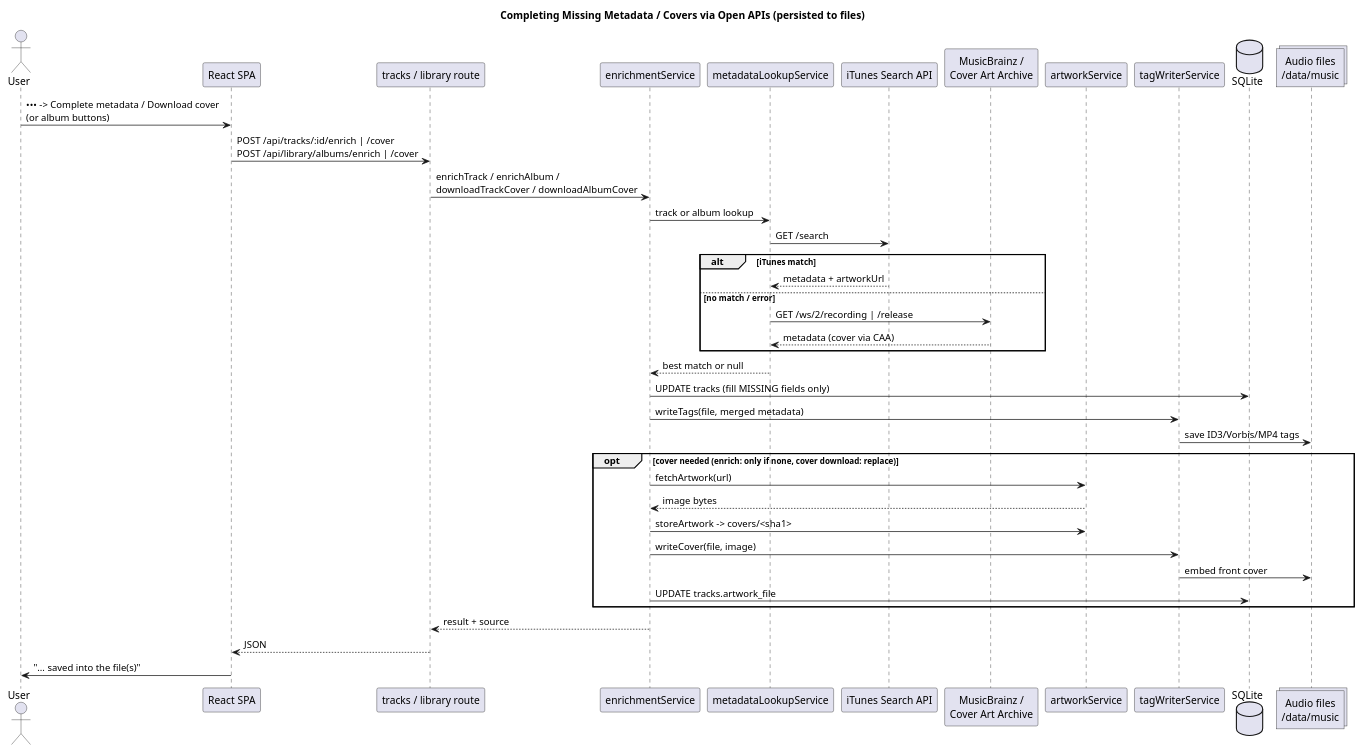
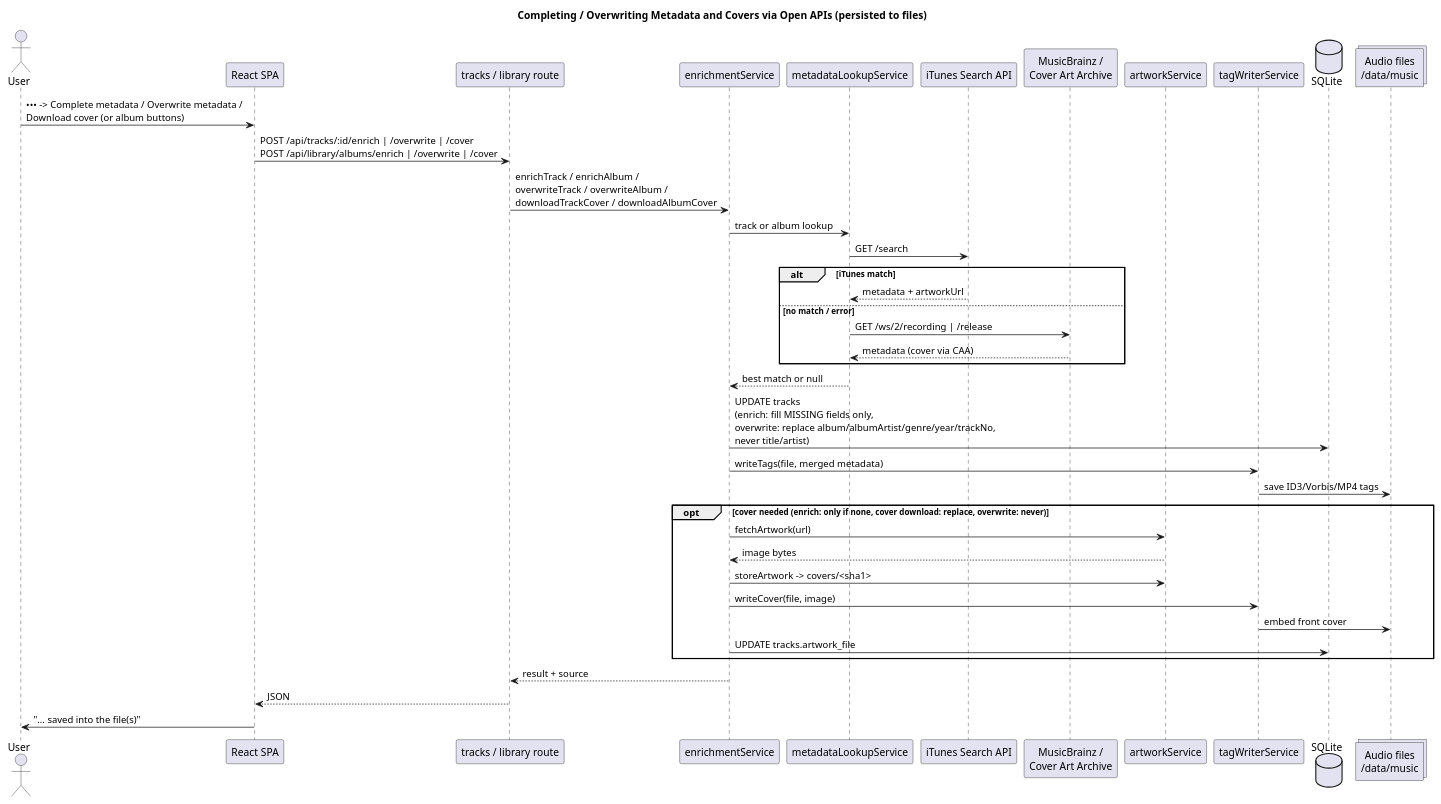
One commit to sandschm/TuneVault changed the diagram in docs/diagrams/sequence-enrichment.puml. Above: the diagram before and after it, drawn with PlantUML. The commit also changed 17 other files, not shown here.

First line of the commit message:
Add metadata overwrite (song/album) and Deezer artist photos

```diff
--- a/docs/diagrams/sequence-enrichment.puml
+++ b/docs/diagrams/sequence-enrichment.puml
@@ -1,42 +1,42 @@
 @startuml sequence-enrichment
-title Completing Missing Metadata / Covers via Open APIs (persisted to files)
+title Completing / Overwriting Metadata and Covers via Open APIs (persisted to files)
 
 actor User
 participant "React SPA" as SPA
 participant "tracks / library route" as Route
 participant "enrichmentService" as Enrich
 participant "metadataLookupService" as Lookup
 participant "iTunes Search API" as ITunes
 participant "MusicBrainz /\nCover Art Archive" as MB
 participant "artworkService" as Art
 participant "tagWriterService" as TagWriter
 database "SQLite" as DB
 collections "Audio files\n/data/music" as Files
 
-User -> SPA : ••• -> Complete metadata / Download cover\n(or album buttons)
-SPA -> Route : POST /api/tracks/:id/enrich | /cover\nPOST /api/library/albums/enrich | /cover
-Route -> Enrich : enrichTrack / enrichAlbum /\ndownloadTrackCover / downloadAlbumCover
+User -> SPA : ••• -> Complete metadata / Overwrite metadata /\nDownload cover (or album buttons)
+SPA -> Route : POST /api/tracks/:id/enrich | /overwrite | /cover\nPOST /api/library/albums/enrich | /overwrite | /cover
+Route -> Enrich : enrichTrack / enrichAlbum /\noverwriteTrack / overwriteAlbum /\ndownloadTrackCover / downloadAlbumCover
 Enrich -> Lookup : track or album lookup
 Lookup -> ITunes : GET /search
 alt iTunes match
   ITunes --> Lookup : metadata + artworkUrl
 else no match / error
   Lookup -> MB : GET /ws/2/recording | /release
   MB --> Lookup : metadata (cover via CAA)
 end
 Lookup --> Enrich : best match or null
-Enrich -> DB : UPDATE tracks (fill MISSING fields only)
+Enrich -> DB : UPDATE tracks\n(enrich: fill MISSING fields only,\noverwrite: replace album/albumArtist/genre/year/trackNo,\nnever title/artist)
 Enrich -> TagWriter : writeTags(file, merged metadata)
 TagWriter -> Files : save ID3/Vorbis/MP4 tags
-opt cover needed (enrich: only if none, cover download: replace)
+opt cover needed (enrich: only if none, cover download: replace, overwrite: never)
   Enrich -> Art : fetchArtwork(url)
   Art --> Enrich : image bytes
   Enrich -> Art : storeArtwork -> covers/<sha1>
   Enrich -> TagWriter : writeCover(file, image)
   TagWriter -> Files : embed front cover
   Enrich -> DB : UPDATE tracks.artwork_file
 end
 Enrich --> Route : result + source
 Route --> SPA : JSON
 SPA -> User : "... saved into the file(s)"
 @enduml
```
